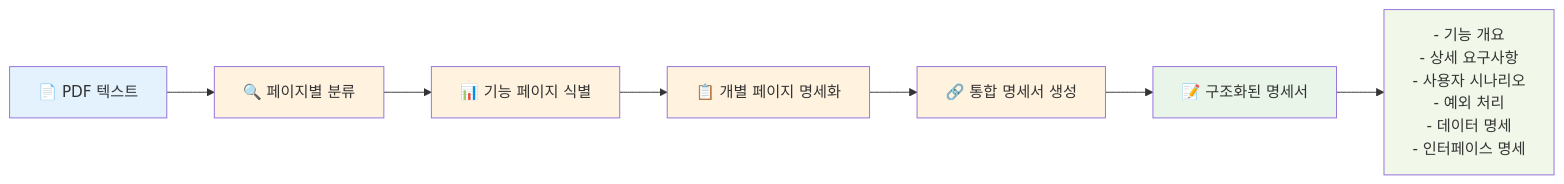
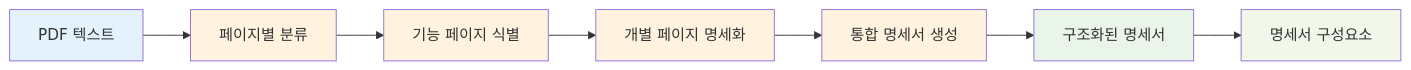
One commit to DONGWOO79/qa-test-manager changed the third of 9 diagrams in README.md. Above: the diagram before and after it, drawn with Mermaid. The commit also changed other lines of this file, not shown here.

First line of the commit message:
fix: Fix Mermaid diagram parsing errors in README

````diff
--- a/README.md
+++ b/README.md
@@ -554,18 +554,18 @@
 ```mermaid
 graph LR
-    A[📄 PDF 텍스트] --> B[🔍 페이지별 분류]
-    B --> C[📊 기능 페이지 식별]
-    C --> D[📋 개별 페이지 명세화]
-    D --> E[🔗 통합 명세서 생성]
+    A[PDF 텍스트] --> B[페이지별 분류]
+    B --> C[기능 페이지 식별]
+    C --> D[개별 페이지 명세화]
+    D --> E[통합 명세서 생성]
     
-    E --> F[📝 구조화된 명세서]
-    F --> G[- 기능 개요<br/>- 상세 요구사항<br/>- 사용자 시나리오<br/>- 예외 처리<br/>- 데이터 명세<br/>- 인터페이스 명세]
+    E --> F[구조화된 명세서]
+    F --> G[명세서 구성요소]
     
     style A fill:#e3f2fd
     style B fill:#fff3e0
     style C fill:#fff3e0
     style D fill:#fff3e0
     style E fill:#fff3e0
     style F fill:#e8f5e8
     style G fill:#f1f8e9
 ```
````
